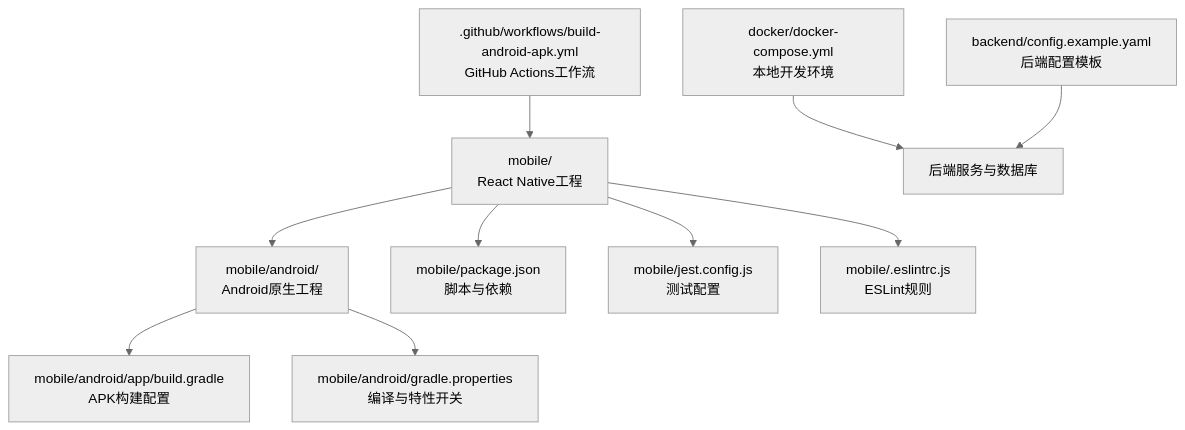
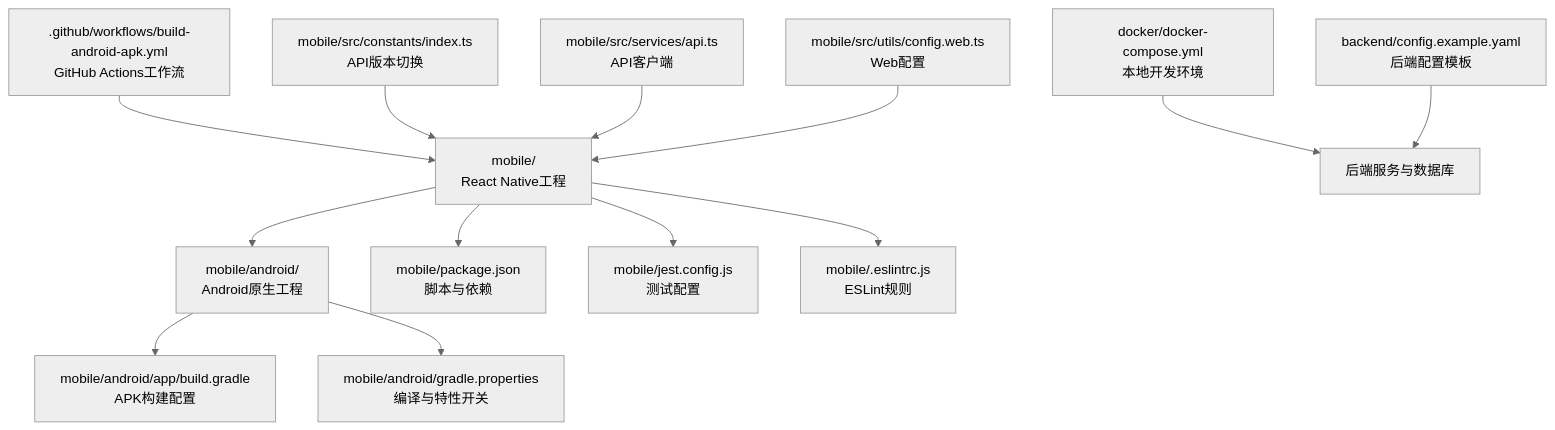
The first of 3 diagrams in .qoder/repowiki/zh/content/部署运维/CI_CD流水线.md (yinsw-c2e/drone_Rental_platform_v1), drawn with Mermaid (neutral theme) before and after one commit. The commit also changed other lines of this file and 11 other files, not shown here.

````diff
--- a/.qoder/repowiki/zh/content/部署运维/CI_CD流水线.md
+++ b/.qoder/repowiki/zh/content/部署运维/CI_CD流水线.md
@@ -45,12 +61,15 @@
 ```mermaid
 graph TB
 A[".github/workflows/build-android-apk.yml<br/>GitHub Actions工作流"] --> B["mobile/<br/>React Native工程"]
 B --> C["mobile/android/<br/>Android原生工程"]
 C --> D["mobile/android/app/build.gradle<br/>APK构建配置"]
 C --> E["mobile/android/gradle.properties<br/>编译与特性开关"]
 B --> F["mobile/package.json<br/>脚本与依赖"]
 B --> G["mobile/jest.config.js<br/>测试配置"]
 B --> H["mobile/.eslintrc.js<br/>ESLint规则"]
 I["docker/docker-compose.yml<br/>本地开发环境"] --> J["后端服务与数据库"]
 K["backend/config.example.yaml<br/>后端配置模板"] --> J
+L["mobile/src/constants/index.ts<br/>API版本切换"] --> B
+M["mobile/src/services/api.ts<br/>API客户端"] --> B
+N["mobile/src/utils/config.web.ts<br/>Web配置"] --> B
 ```
````
